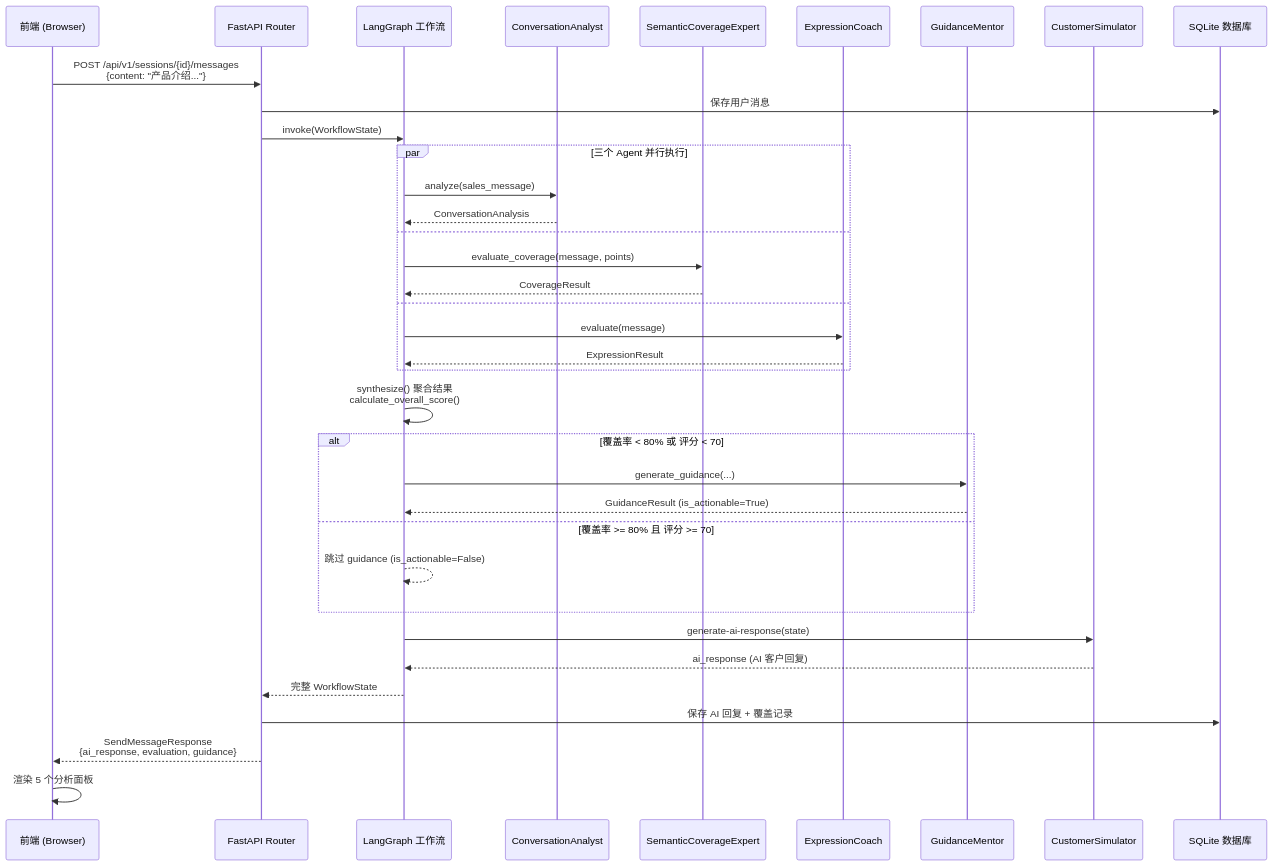
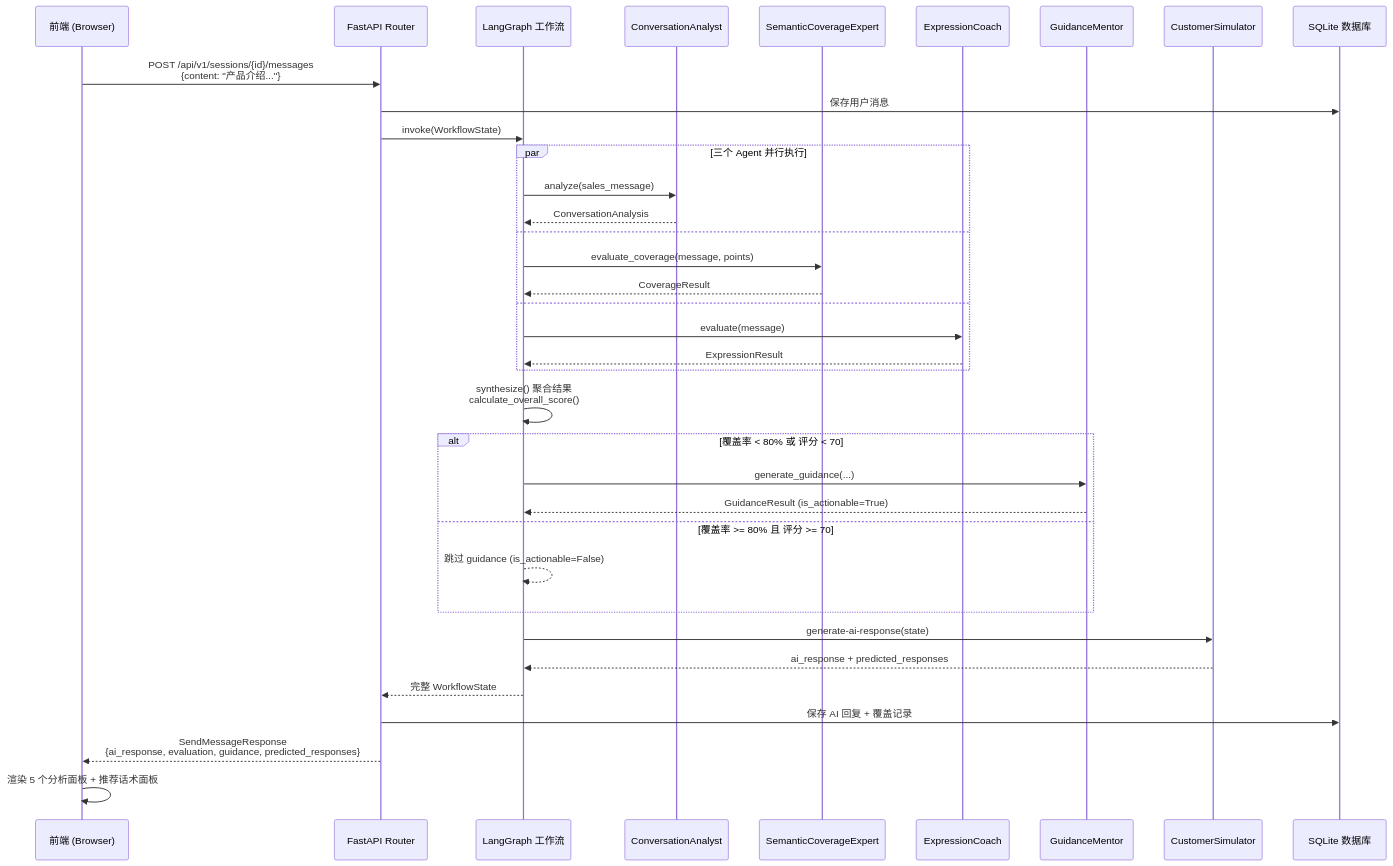
One commit to xt765/UMU-Sales-Trainer changed the fourth of 11 diagrams in README.md. Above: the diagram before and after it, drawn with Mermaid. The commit also changed other lines of this file and 6 other files, not shown here.

````diff
--- a/README.md
+++ b/README.md
@@ -294,44 +296,44 @@
 ```mermaid
 sequenceDiagram
     participant FE as 前端 (Browser)
     participant API as FastAPI Router
     participant WF as LangGraph 工作流
     participant CA as ConversationAnalyst
     participant SC as SemanticCoverageExpert
     participant EC as ExpressionCoach
     participant GM as GuidanceMentor
     participant CS as CustomerSimulator
     participant DB as SQLite 数据库
 
     FE->>API: POST /api/v1/sessions/{id}/messages<br/>{content: "产品介绍..."}
     API->>DB: 保存用户消息
     API->>WF: invoke(WorkflowState)
 
     par 三个 Agent 并行执行
         WF->>CA: analyze(sales_message)
         CA-->>WF: ConversationAnalysis
     and
         WF->>SC: evaluate_coverage(message, points)
         SC-->>WF: CoverageResult
     and
         WF->>EC: evaluate(message)
         EC-->>WF: ExpressionResult
     end
 
     WF->>WF: synthesize() 聚合结果<br/>calculate_overall_score()
 
     alt 覆盖率 < 80% 或 评分 < 70
         WF->>GM: generate_guidance(...)
         GM-->>WF: GuidanceResult (is_actionable=True)
     else 覆盖率 >= 80% 且 评分 >= 70
         WF-->>WF: 跳过 guidance (is_actionable=False)
     end
 
     WF->>CS: generate-ai-response(state)
-    CS-->>WF: ai_response (AI 客户回复)
+    CS-->>WF: ai_response + predicted_responses
 
     WF-->>API: 完整 WorkflowState
     API->>DB: 保存 AI 回复 + 覆盖记录
-    API-->>FE: SendMessageResponse<br/>{ai_response, evaluation, guidance}
-    FE->>FE: 渲染 5 个分析面板
+    API-->>FE: SendMessageResponse<br/>{ai_response, evaluation, guidance, predicted_responses}
+    FE->>FE: 渲染 5 个分析面板 + 推荐话术面板
 ```
````
